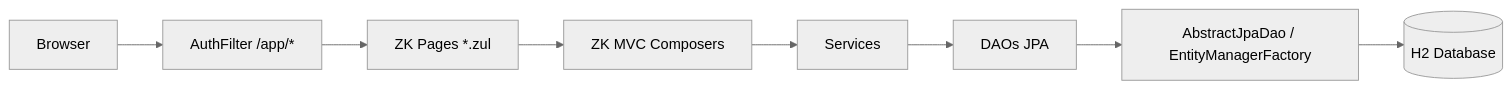
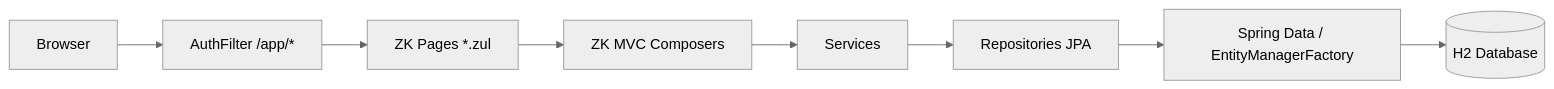
One commit to KrystianYCSilva/min-java6-webapp changed the diagram in docs/ARCHITECTURE.md. Above: the diagram before and after it, drawn with Mermaid (neutral theme). The commit also changed other lines of this file and 7 other files, not shown here.

````diff
--- a/docs/ARCHITECTURE.md
+++ b/docs/ARCHITECTURE.md
@@ -25,10 +25,10 @@
 ```mermaid
 flowchart LR
     A[Browser] --> B[AuthFilter /app/*]
     B --> C[ZK Pages *.zul]
     C --> D[ZK MVC Composers]
     D --> E[Services]
-    E --> F[DAOs JPA]
-    F --> G[AbstractJpaDao / EntityManagerFactory]
+    E --> F[Repositories JPA]
+    F --> G[Spring Data / EntityManagerFactory]
     G --> H[(H2 Database)]
 ```
````
